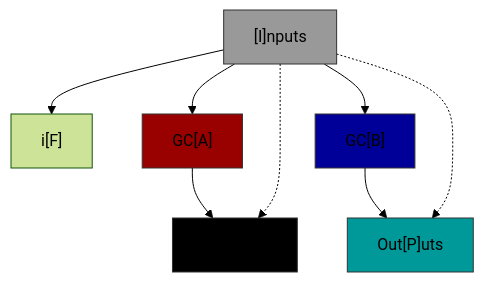
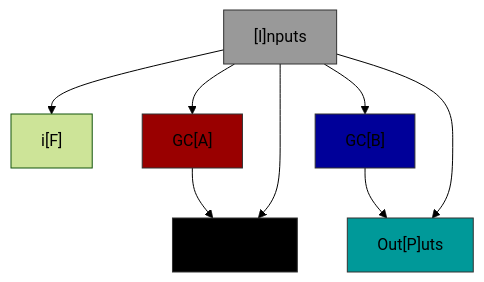
The second of 3 diagrams in egppy/egppy/gc_graph/docs/graph.md (Shapedsundew9/erasmus-gp), drawn with Mermaid (forest theme) before and after one commit. The commit also changed other lines of this file and 47 other files, not shown here.

````diff
--- a/egppy/egppy/gc_graph/docs/graph.md
+++ b/egppy/egppy/gc_graph/docs/graph.md
@@ -80,28 +80,28 @@
 ```mermaid
 %% Conditional GC
 flowchart TB
     I["[I]nputs"]
     F["i[F]"]
     A["GC[A]"]
     B["GC[B]"]
     O["[O]utputs"]
     P["Out[P]uts"]
     I --> F
     I --> A --> O
     B --> P
     I --> B
-    I -.-> O
-    I -.-> P
+    I --> O
+    I --> P
     
 classDef Icd fill:#999,stroke:#333,stroke-width:1px
 classDef Acd fill:#900,stroke:#333,stroke-width:1px
 classDef Bcd fill:#009,stroke:#333,stroke-width:1px
 classDef Ocd fill:#000,stroke:#333,stroke-width:1px
 classDef Pcd fill:#099,stroke:#333,stroke-width:1px
 
 class I Icd
 class A Acd
 class B Bcd
 class O Ocd
 class P Pcd
 ```
````
